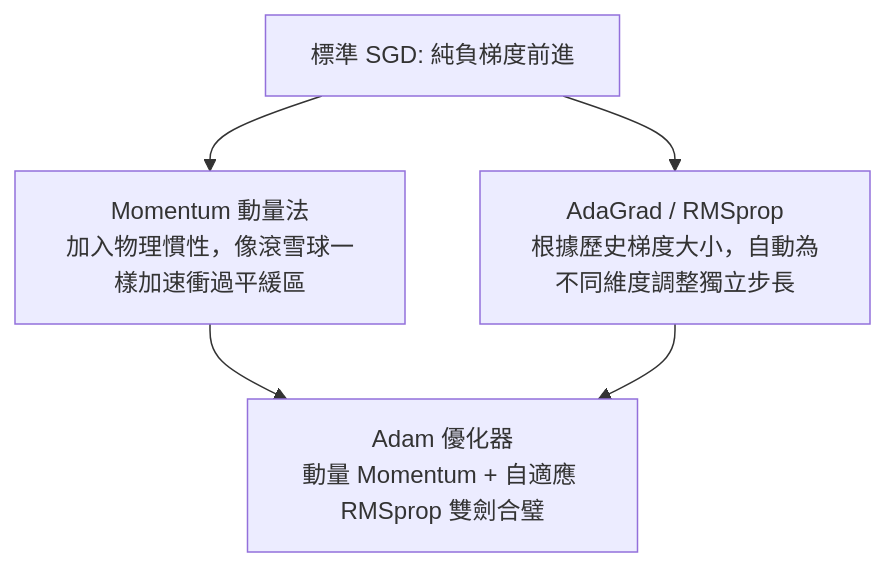
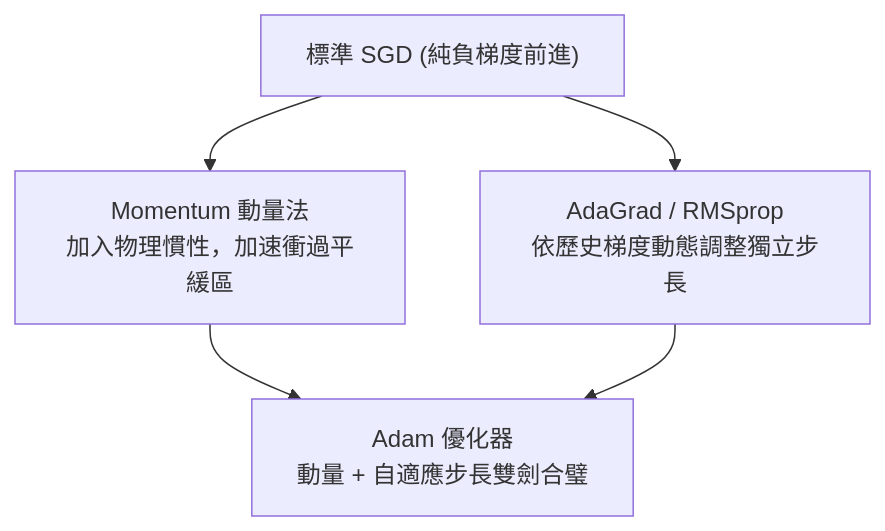
Before and after one commit to roberthsu2003/machine_learning: the second of 2 diagrams in 名詞解釋/06_優化算法/README.md, drawn with Mermaid. The commit also changed other lines of this file and 5 other files, not shown here.

````diff
--- a/名詞解釋/06_優化算法/README.md
+++ b/名詞解釋/06_優化算法/README.md
@@ -93,7 +93,7 @@
 ```mermaid
-graph TD
-    SGD[標準 SGD: 純負梯度前進] --> Momentum[Momentum 動量法<br>加入物理慣性，像滾雪球一樣加速衝過平緩區]
-    SGD --> AdaGrad[AdaGrad / RMSprop<br>根據歷史梯度大小，自動為不同維度調整獨立步長]
-    Momentum --> Adam[Adam 優化器<br>動量 Momentum + 自適應 RMSprop 雙劍合璧]
+flowchart TD
+    SGD["標準 SGD (純負梯度前進)"] --> Momentum["Momentum 動量法<br>加入物理慣性，加速衝過平緩區"]
+    SGD --> AdaGrad["AdaGrad / RMSprop<br>依歷史梯度動態調整獨立步長"]
+    Momentum --> Adam["Adam 優化器<br>動量 + 自適應步長雙劍合璧"]
     AdaGrad --> Adam
 ```
````
